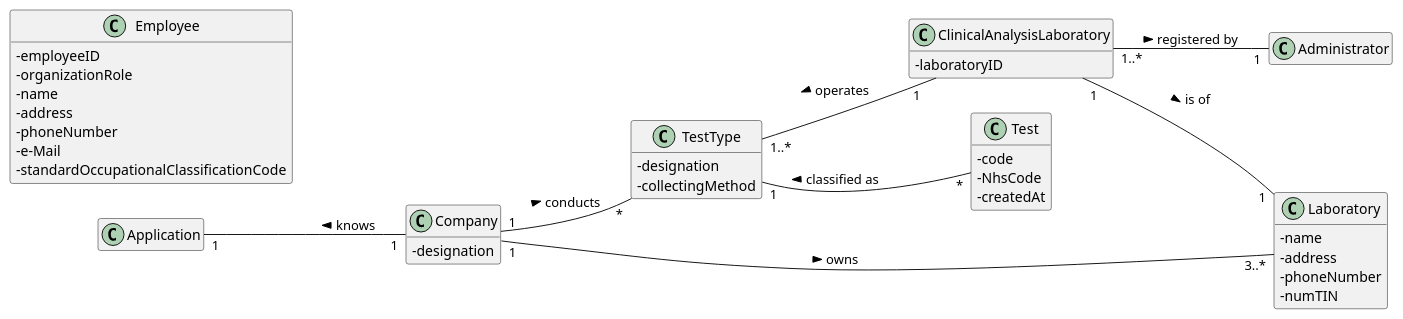
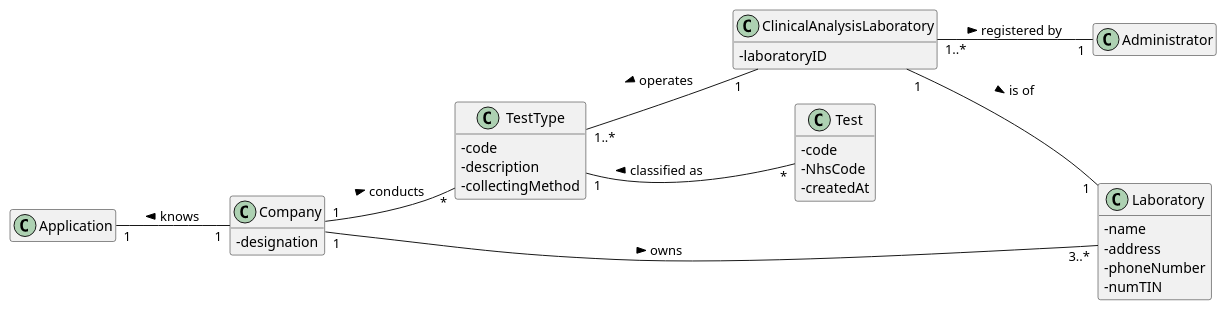
The diagram in docs/SprintB/US_8/US8_DM.puml (ana-albergaria/LAPR2-ISEP), drawn with PlantUML before and after one commit. The commit also changed 4 other files, not shown here.

```diff
--- a/docs/SprintB/US_8/US8_DM.puml
+++ b/docs/SprintB/US_8/US8_DM.puml
@@ -1,76 +1,78 @@
 @startuml
 
 skinparam classAttributeIconSize 0
 hide empty methods
 hide empty attributes
 left to right direction
 
 class Laboratory {
 - name
 - address
 - phoneNumber
 - numTIN
 }
 
+/'
 class Employee {
 - employeeID
 - organizationRole
 - name
 - address
 - phoneNumber
 - e-Mail
 - standardOccupationalClassificationCode
-}
+}'/
 
 class Test{
 - code
 - NhsCode
 - createdAt
 }
 
 class ClinicalAnalysisLaboratory{
 - laboratoryID
 }
 
 class Application{}
 
 class TestType{
-- designation
+- code
+- description
 - collectingMethod
 }
 
 class Company{
 - designation
 }
 
 class Administrator{}
 
 together {
 class TestType
 class Laboratory
 }
 
 Company -[hidden]-> TestType
 Company -[hidden]-> Laboratory
 
 
 /' LAYOUT PURPOSES '/
 ClinicalAnalysisLaboratory -[hidden]down-> Laboratory
 Test -[hidden]up-> TestType
 ClinicalAnalysisLaboratory -[hidden]up-> TestType
 
 
 /' END OF LAYOUT PURPOSES '/
 
 Company "1" -- "3..*" Laboratory : owns >
 ClinicalAnalysisLaboratory "1" -- "1" Laboratory : is of >
 /'Employee "1..*" - "1" Company : works for >'/
 Company "1" -- "*" TestType : conducts >
 
 /' MUDAR SENTIDO DA SETA? POR CAUSA DO RATIONALE '/
 Application "1" -- "1" Company : knows <
 Test "*" -- "1" TestType : classified as >
 ClinicalAnalysisLaboratory "1" -- "1..*" TestType : operates >
 ClinicalAnalysisLaboratory "1..*" -- "1" Administrator : registered by >
 
 @enduml
```
